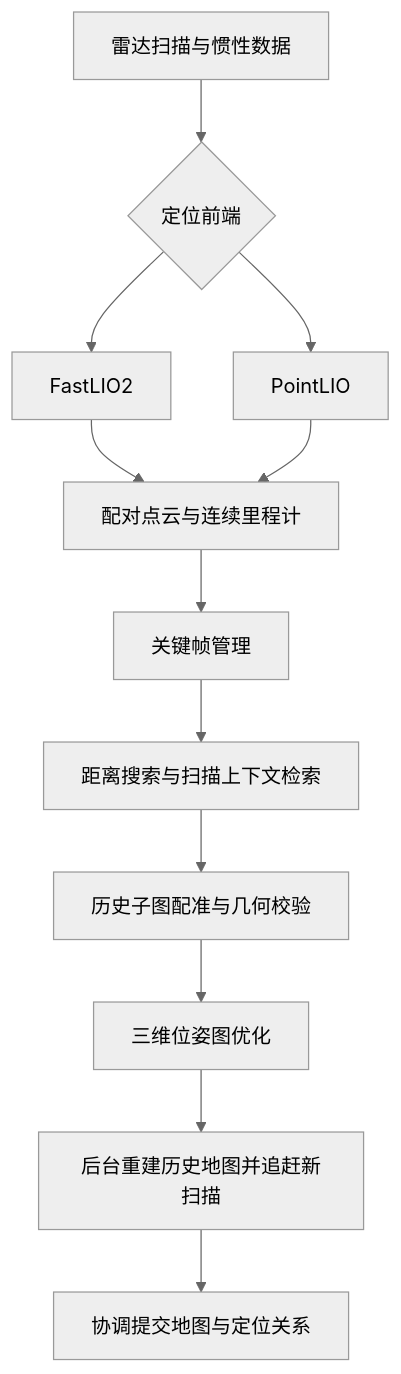
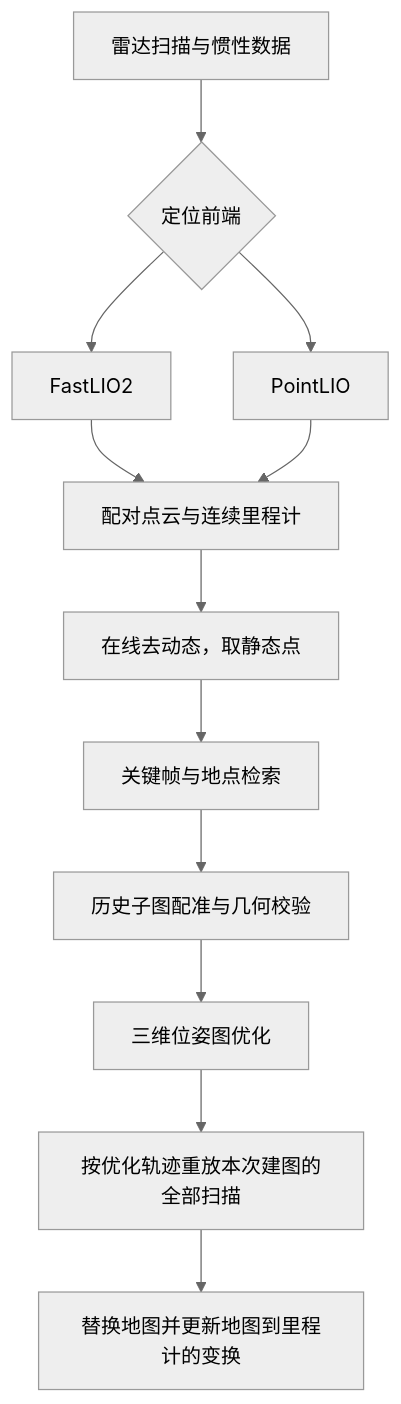
Before and after one commit to Molun0301/nuwax-embodied-harness: the diagram in docs/公开文档/双LIO建图与回环纠偏.md, drawn with Mermaid (neutral theme). The commit also changed other lines of this file and 22 other files, not shown here.

````diff
--- a/docs/公开文档/双LIO建图与回环纠偏.md
+++ b/docs/公开文档/双LIO建图与回环纠偏.md
@@ -24,14 +29,14 @@
 ```mermaid
 flowchart TD
     A[雷达扫描与惯性数据] --> B{定位前端}
     B --> C[FastLIO2]
     B --> D[PointLIO]
     C --> E[配对点云与连续里程计]
     D --> E
-    E --> F[关键帧管理]
-    F --> G[距离搜索与扫描上下文检索]
+    E --> F[在线去动态，取静态点]
+    F --> G[关键帧与地点检索]
     G --> H[历史子图配准与几何校验]
     H --> I[三维位姿图优化]
-    I --> J[后台重建历史地图并追赶新扫描]
-    J --> K[协调提交地图与定位关系]
+    I --> J[按优化轨迹重放本次建图的全部扫描]
+    J --> K[替换地图并更新地图到里程计的变换]
 ```
````
